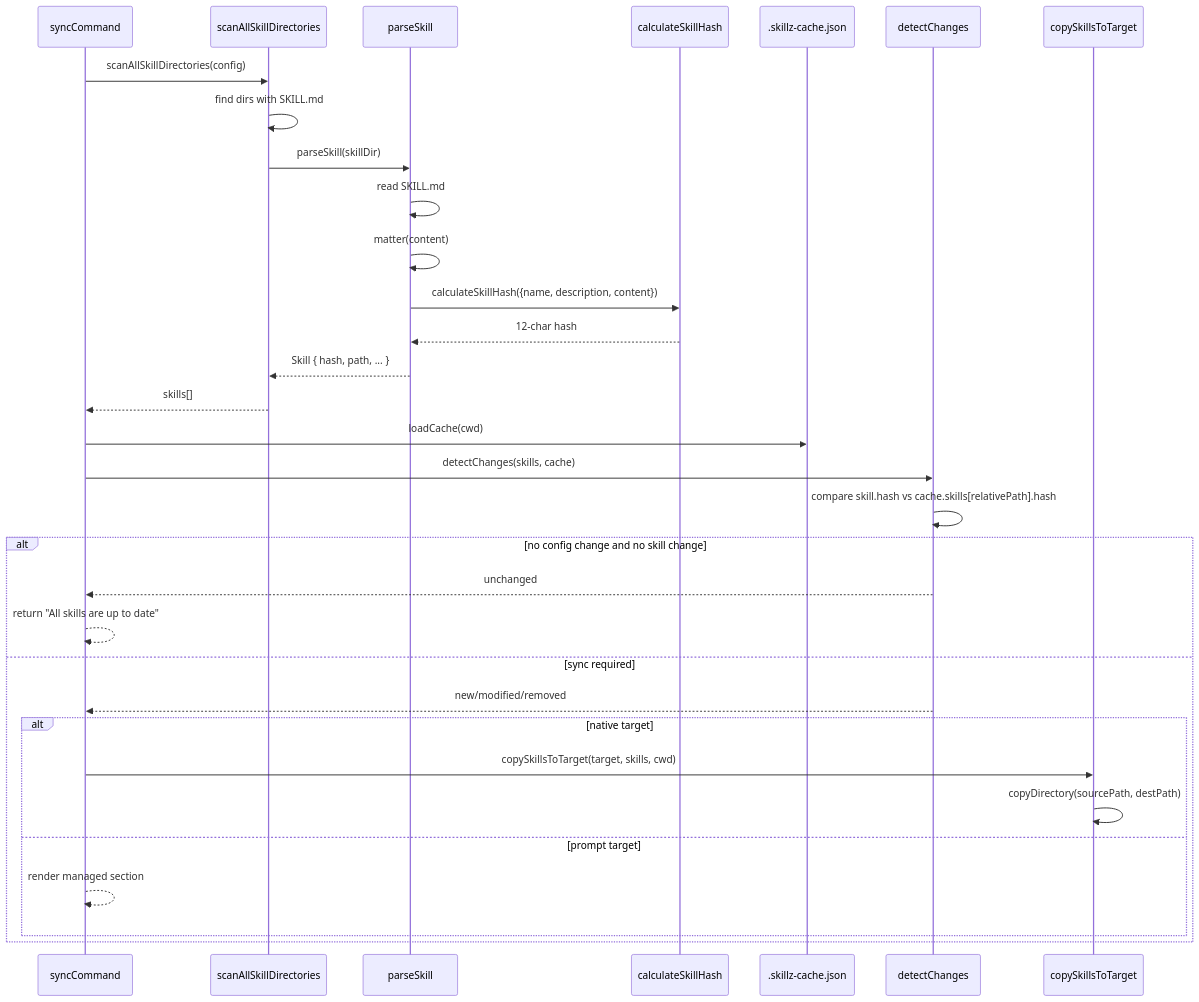
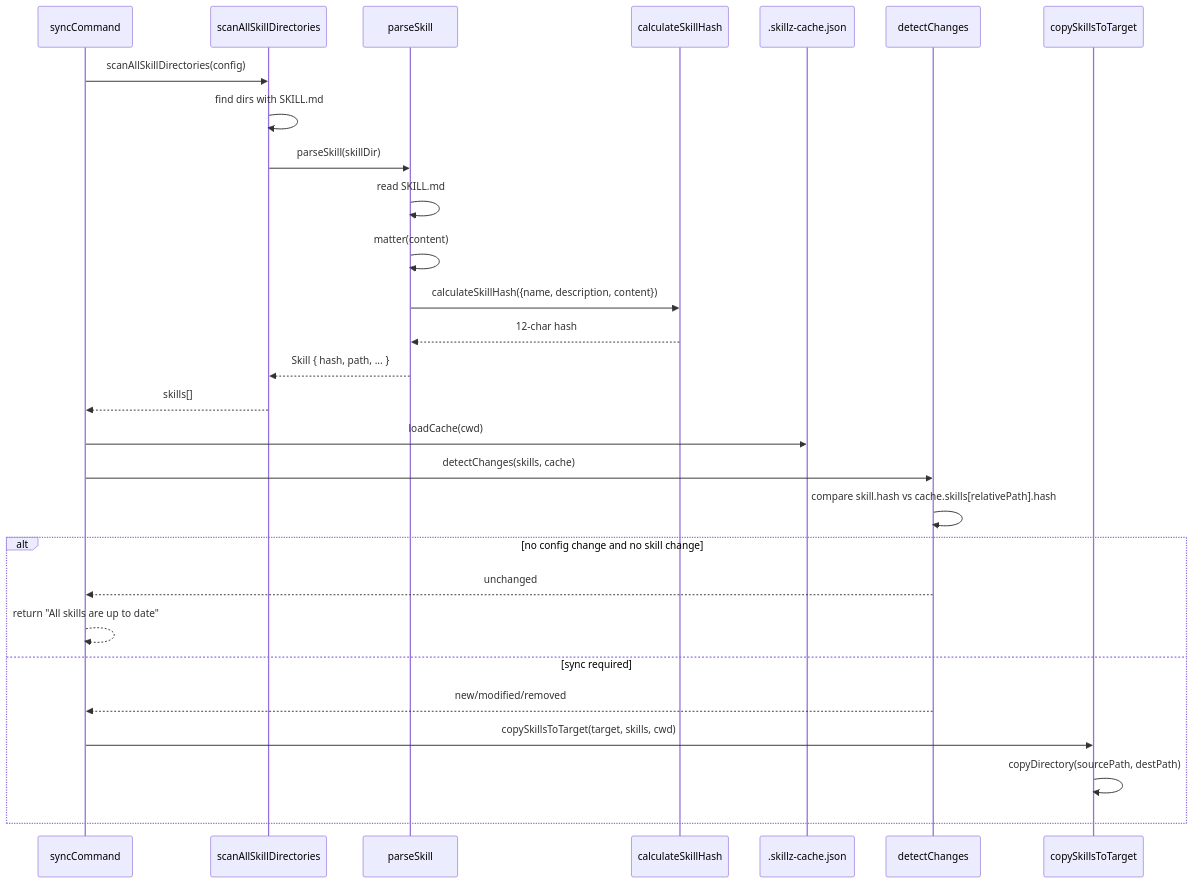
Before and after one commit to kevinslin/skillz: the diagram in docs/flows/ref.hash-calculation.md, drawn with Mermaid. The commit also changed other lines of this file and 29 other files, not shown here.

````diff
--- a/docs/flows/ref.hash-calculation.md
+++ b/docs/flows/ref.hash-calculation.md
@@ -324,35 +349,31 @@
 ```mermaid
 sequenceDiagram
     participant CLI as syncCommand
     participant Scanner as scanAllSkillDirectories
     participant Parser as parseSkill
     participant Hash as calculateSkillHash
     participant Cache as .skillz-cache.json
     participant Diff as detectChanges
-    participant Native as copySkillsToTarget
+    participant Target as copySkillsToTarget
 
     CLI->>Scanner: scanAllSkillDirectories(config)
     Scanner->>Scanner: find dirs with SKILL.md
     Scanner->>Parser: parseSkill(skillDir)
     Parser->>Parser: read SKILL.md
     Parser->>Parser: matter(content)
     Parser->>Hash: calculateSkillHash({name, description, content})
     Hash-->>Parser: 12-char hash
     Parser-->>Scanner: Skill { hash, path, ... }
     Scanner-->>CLI: skills[]
     CLI->>Cache: loadCache(cwd)
     CLI->>Diff: detectChanges(skills, cache)
     Diff->>Diff: compare skill.hash vs cache.skills[relativePath].hash
     alt no config change and no skill change
         Diff-->>CLI: unchanged
         CLI-->>CLI: return "All skills are up to date"
     else sync required
         Diff-->>CLI: new/modified/removed
-        alt native target
-            CLI->>Native: copySkillsToTarget(target, skills, cwd)
-            Native->>Native: copyDirectory(sourcePath, destPath)
-        else prompt target
-            CLI-->>CLI: render managed section
-        end
+        CLI->>Target: copySkillsToTarget(target, skills, cwd)
+        Target->>Target: copyDirectory(sourcePath, destPath)
     end
 ```
````
